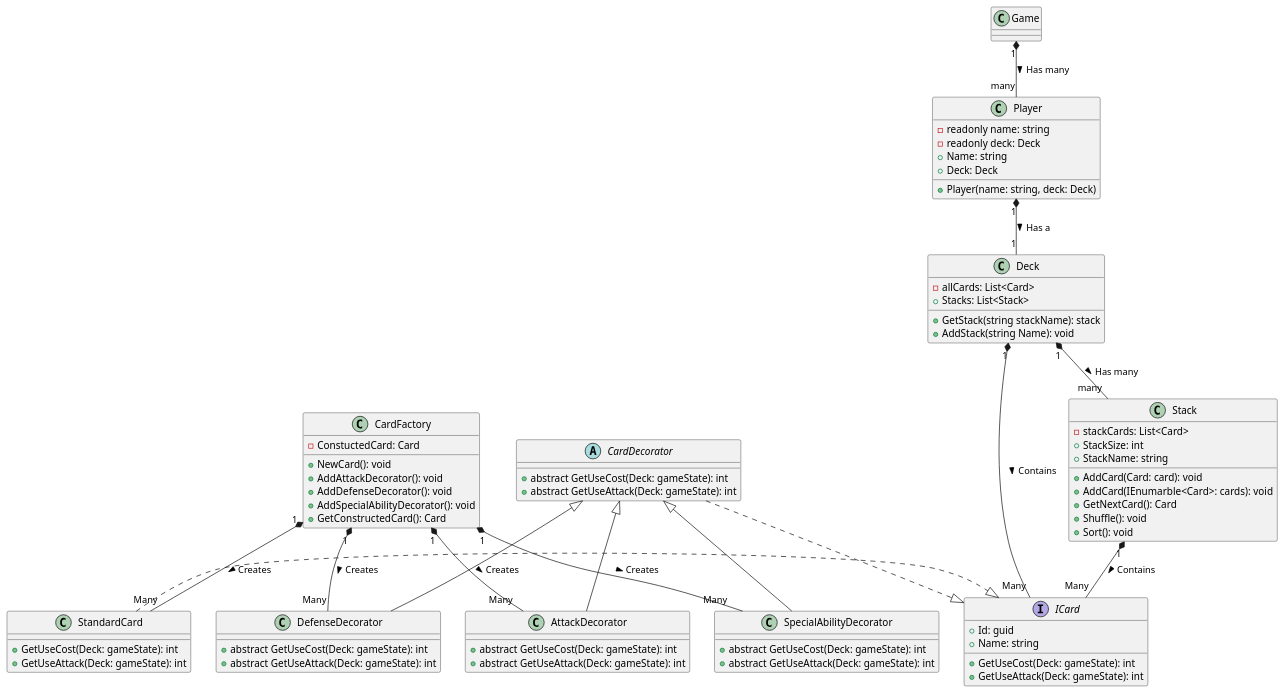
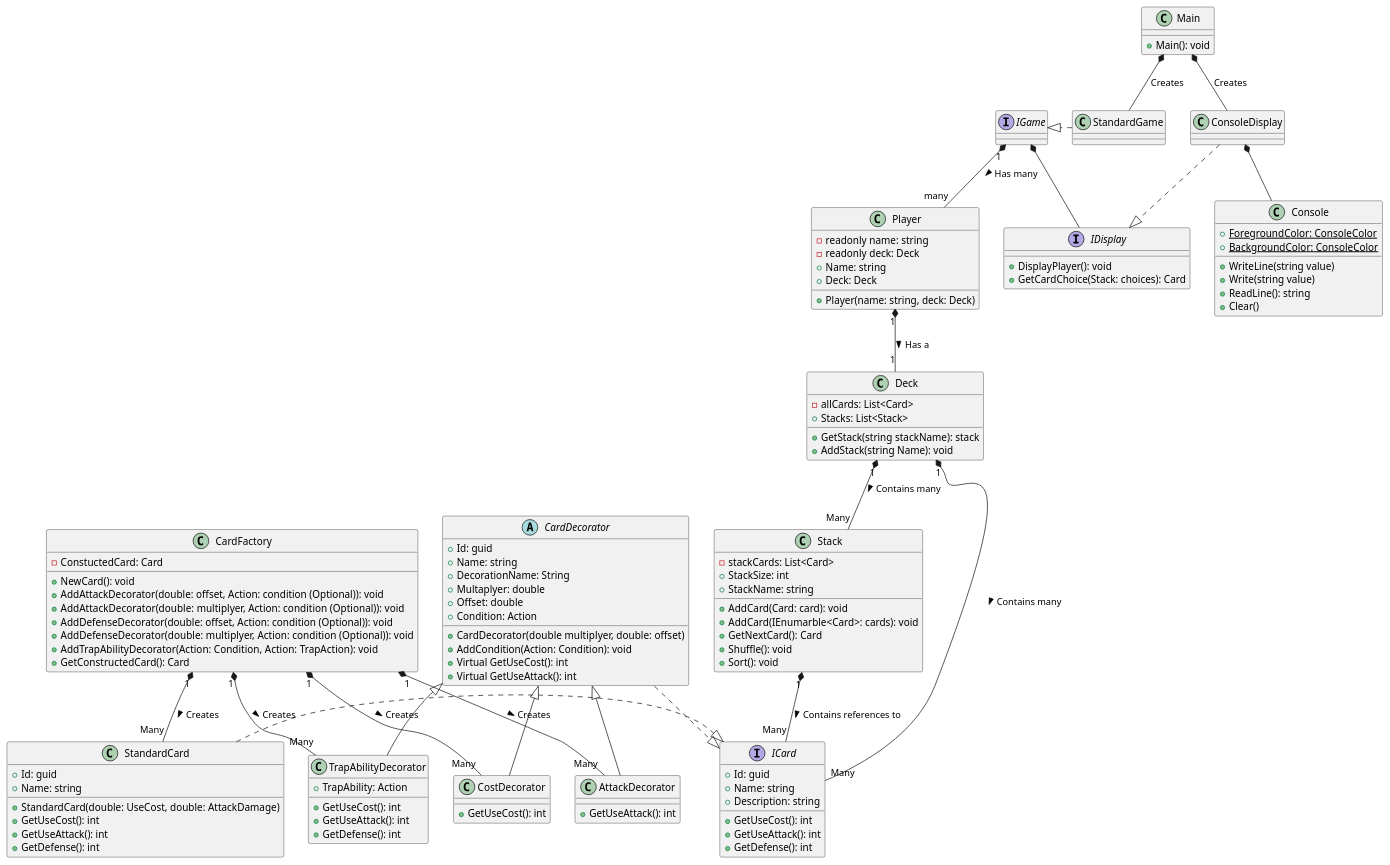
The diagram in Part 1 - Anlysis/Improved.wsd (KunoDLK/UNIDesignPatternsICA), drawn with PlantUML before and after one commit. The commit also changed 1 other file, not shown here.

Commit message:
improved PlantUML diagram

```diff
--- a/Part 1 - Anlysis/Improved.wsd
+++ b/Part 1 - Anlysis/Improved.wsd
@@ -1,88 +1,133 @@
 @startuml
 
-class Game {
+class Main {
+    + Main(): void
+}
 
+interface IGame {
+    
+}
+
+class Console {
+    + WriteLine(string value)
+    + Write(string value)
+    + ReadLine(): string
+    + Clear()
+    {static} +ForegroundColor: ConsoleColor
+    {static} +BackgroundColor: ConsoleColor
+}
+
+interface IDisplay {
+    + DisplayPlayer(): void
+    + GetCardChoice(Stack: choices): Card
 }
 
 class Player {
     - readonly name: string
     - readonly deck: Deck
     + Player(name: string, deck: Deck)
     + Name: string
     + Deck: Deck
 }
 
 class Deck {
     - allCards: List<Card>
     + Stacks: List<Stack>
     + GetStack(string stackName): stack 
     + AddStack(string Name): void
 }
 
 class Stack {
     - stackCards: List<Card>
     + StackSize: int
     + StackName: string
     + AddCard(Card: card): void
     + AddCard(IEnumarble<Card>: cards): void
     + GetNextCard(): Card
     + Shuffle(): void
     + Sort(): void
 }
 
 class CardFactory
 {
     - ConstuctedCard: Card
     + NewCard(): void
-    + AddAttackDecorator(): void
-    + AddDefenseDecorator(): void
-    + AddSpecialAbilityDecorator(): void
+    + AddAttackDecorator(double: offset, Action: condition (Optional)): void
+    + AddAttackDecorator(double: multiplyer, Action: condition (Optional)): void
+    + AddDefenseDecorator(double: offset, Action: condition (Optional)): void
+    + AddDefenseDecorator(double: multiplyer, Action: condition (Optional)): void
+    + AddTrapAbilityDecorator(Action: Condition, Action: TrapAction): void
     + GetConstructedCard(): Card
 }
 
 interface ICard {
     + Id: guid
     + Name: string
-    + GetUseCost(Deck: gameState): int
-    + GetUseAttack(Deck: gameState): int
+    + Description: string
+    + GetUseCost(): int
+    + GetUseAttack(): int
+    + GetDefense(): int
 }
 
-abstract CardDecorator{
-    + abstract GetUseCost(Deck: gameState): int
-    + abstract GetUseAttack(Deck: gameState): int
+abstract CardDecorator {
+    + Id: guid
+    + Name: string
+    + DecorationName: String
+    + Multaplyer: double
+    + Offset: double
+    + Condition: Action
+    + CardDecorator(double multiplyer, double: offset)
+    + AddCondition(Action: Condition): void 
+    + Virtual GetUseCost(): int
+    + Virtual GetUseAttack(): int
+}
+
+class AttackDecorator extends CardDecorator {
+    + GetUseAttack(): int
+}
+
+class CostDecorator extends CardDecorator {
+    + GetUseCost(): int
+}
+
+class TrapAbilityDecorator extends CardDecorator {
+    + TrapAbility: Action
+    + GetUseCost(): int
+    + GetUseAttack(): int
+    + GetDefense(): int
 }
 
 class StandardCard {
-    + GetUseCost(Deck: gameState): int
-    + GetUseAttack(Deck: gameState): int
+    + Id: guid
+    + Name: string
+    + StandardCard(double: UseCost, double: AttackDamage)
+    + GetUseCost(): int
+    + GetUseAttack(): int
+    + GetDefense(): int
 }
 
-class AttackDecorator extends CardDecorator {
-    + abstract GetUseCost(Deck: gameState): int
-    + abstract GetUseAttack(Deck: gameState): int
-}
 
-class DefenseDecorator extends CardDecorator {
-    + abstract GetUseCost(Deck: gameState): int
-    + abstract GetUseAttack(Deck: gameState): int
-}
+Main *-- StandardGame: Creates
+Main *-- ConsoleDisplay: Creates
+ConsoleDisplay *-- Console
+IGame *-- IDisplay
 
-class SpecialAbilityDecorator extends CardDecorator {
-    + abstract GetUseCost(Deck: gameState): int
-    + abstract GetUseAttack(Deck: gameState): int
-}
+ConsoleDisplay .|> IDisplay
+StandardGame .|> IGame
 
-Game "1" *-- "many" Player : Has many >
+IGame "1" *-- "many" Player : Has many >
+
 Player "1" *-- "1" Deck : Has a >
-Deck "1" *-- "many" Stack : Has many >
-Stack "1" *-- "Many" ICard : Contains >
-Deck "1" *-- "Many" ICard : Contains >
+Deck "1" *-- "Many" Stack : Contains many >
+
+Deck "1" *-- "Many" ICard : Contains many >
+Stack "1" *-- "Many" ICard : Contains references to  >
+
 StandardCard .|> ICard
 CardDecorator .|> ICard
 CardFactory "1" *-- "Many" StandardCard : Creates >
 CardFactory "1" *-- "Many" AttackDecorator : Creates >
-CardFactory "1" *-- "Many" DefenseDecorator : Creates >
-CardFactory "1" *-- "Many" SpecialAbilityDecorator : Creates >
-
+CardFactory "1" *-- "Many" CostDecorator : Creates >
+CardFactory "1" *-- "Many" TrapAbilityDecorator : Creates >
 
 @enduml
```
